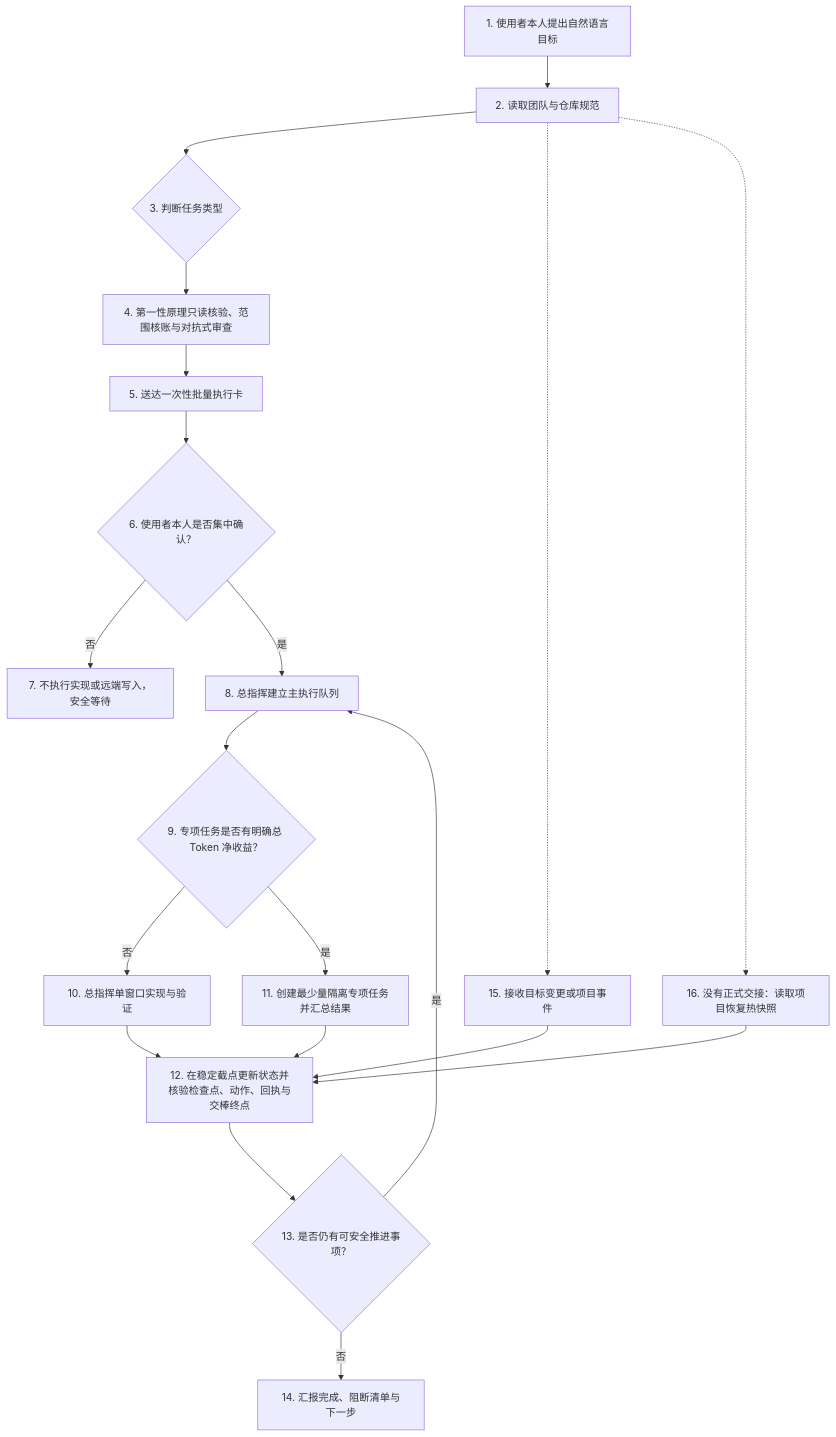
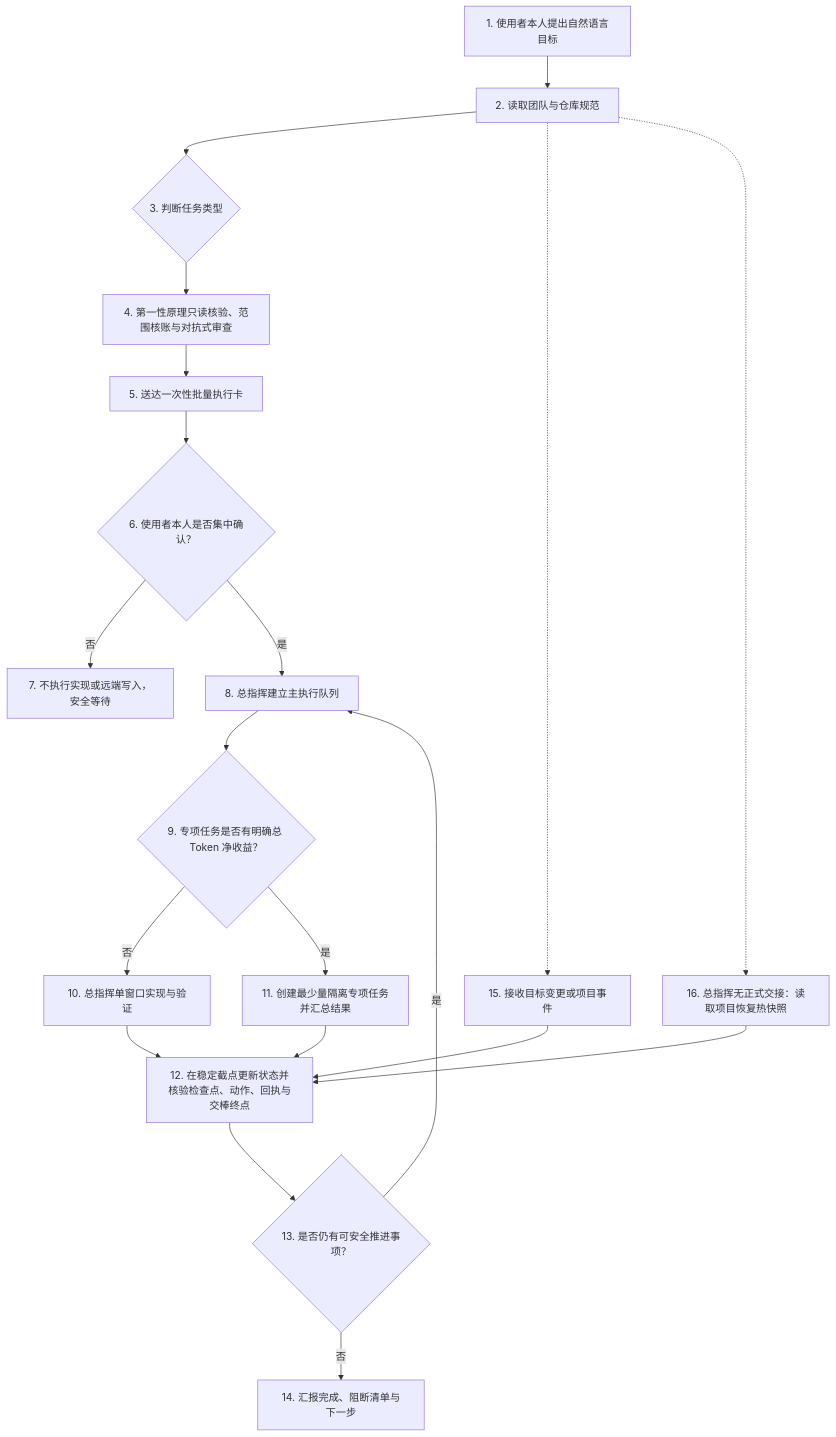
One commit to RongNianXin/codex-workflows changed the diagram in 总指挥工作流/第二代总指挥的工作模式/00-第二代工作流总览.md. Above: the diagram before and after it, drawn with Mermaid. The commit also changed other lines of this file and 10 other files, not shown here.

````diff
--- a/总指挥工作流/第二代总指挥的工作模式/00-第二代工作流总览.md
+++ b/总指挥工作流/第二代总指挥的工作模式/00-第二代工作流总览.md
@@ -27,23 +27,23 @@
 ```mermaid
 flowchart TD
     _01["1. 使用者本人提出自然语言目标"] --> _02["2. 读取团队与仓库规范"]
     _02 --> _03{"3. 判断任务类型"}
     _03 --> _04["4. 第一性原理只读核验、范围核账与对抗式审查"]
     _04 --> _05["5. 送达一次性批量执行卡"]
     _05 --> _06{"6. 使用者本人是否集中确认？"}
     _06 -->|否| _07["7. 不执行实现或远端写入，安全等待"]
     _06 -->|是| _08["8. 总指挥建立主执行队列"]
     _08 --> _09{"9. 专项任务是否有明确总 Token 净收益？"}
     _09 -->|否| _10["10. 总指挥单窗口实现与验证"]
     _09 -->|是| _11["11. 创建最少量隔离专项任务并汇总结果"]
     _10 --> _12
     _11 --> _12
     _12["12. 在稳定截点更新状态并核验检查点、动作、回执与交棒终点"]
     _12 --> _13{"13. 是否仍有可安全推进事项？"}
     _13 -->|是| _08
     _13 -->|否| _14["14. 汇报完成、阻断清单与下一步"]
     _02 -.-> _15["15. 接收目标变更或项目事件"]
     _15 --> _12
-    _02 -.-> _16["16. 没有正式交接：读取项目恢复热快照"]
+    _02 -.-> _16["16. 总指挥无正式交接：读取项目恢复热快照"]
     _16 --> _12
 ```
````
